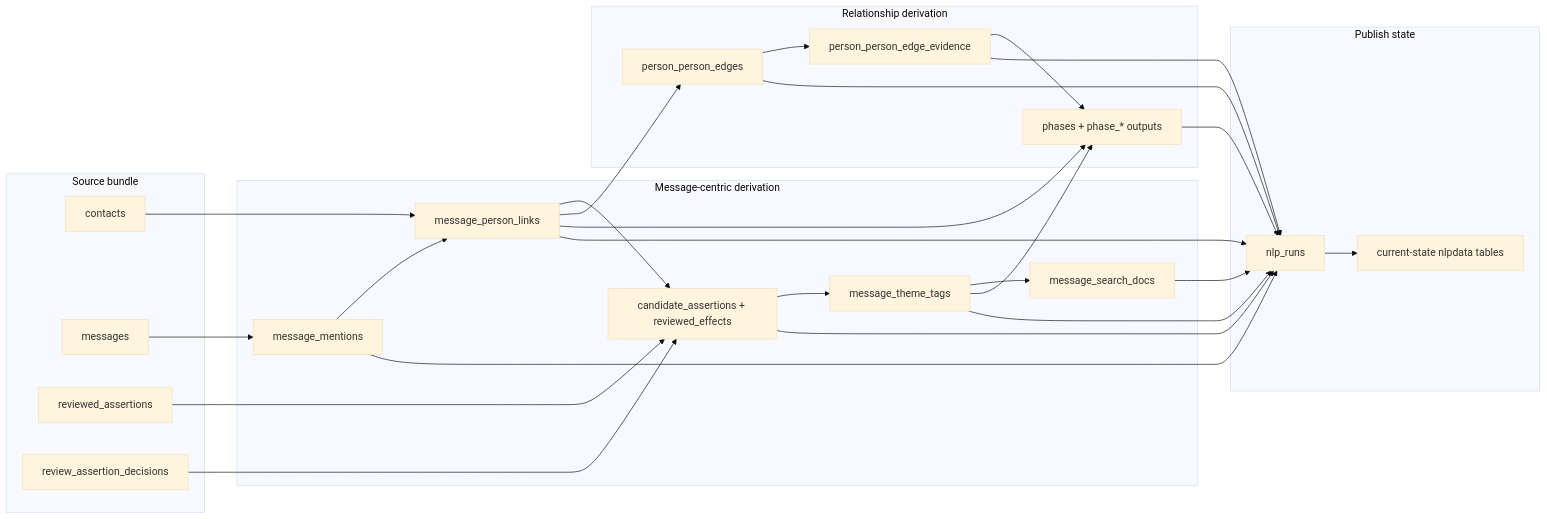
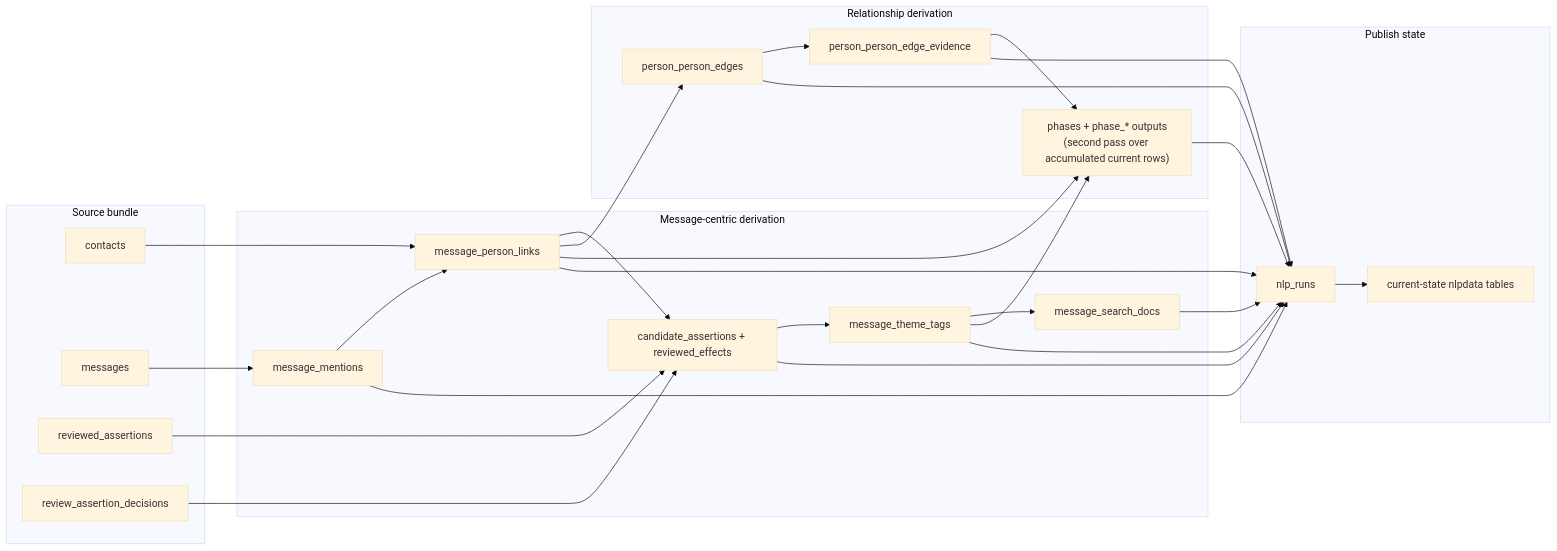
The second of 16 diagrams in docs/PROCESS_TRANSFORMATIONS.md (cscheib/archive-graph-spacy), drawn with Mermaid (base theme) before and after one commit. The commit also changed other lines of this file and 10 other files, not shown here.

````diff
--- a/docs/PROCESS_TRANSFORMATIONS.md
+++ b/docs/PROCESS_TRANSFORMATIONS.md
@@ -38,46 +40,46 @@
 ```mermaid
 flowchart LR
     subgraph Source["Source bundle"]
         S1["contacts"]
         S2["messages"]
         S3["reviewed_assertions"]
         S4["review_assertion_decisions"]
     end
 
     subgraph MessageFlow["Message-centric derivation"]
         M1["message_mentions"]
         M2["message_person_links"]
         M3["candidate_assertions + reviewed_effects"]
         M4["message_theme_tags"]
         M5["message_search_docs"]
     end
 
     subgraph GraphFlow["Relationship derivation"]
         G1["person_person_edges"]
         G2["person_person_edge_evidence"]
-        G3["phases + phase_* outputs"]
+        G3["phases + phase_* outputs<br/>(second pass over accumulated current rows)"]
     end
 
     subgraph Publish["Publish state"]
         P1["nlp_runs"]
         P2["current-state nlpdata tables"]
     end
 
     S1 --> M2
     S2 --> M1 --> M2 --> M3 --> M4 --> M5
     S3 --> M3
     S4 --> M3
     M2 --> G1
     G1 --> G2 --> G3
     M4 --> G3
     M2 --> G3
     M1 --> P1
     M2 --> P1
     M3 --> P1
     M4 --> P1
     M5 --> P1
     G1 --> P1
     G2 --> P1
     G3 --> P1
     P1 --> P2
 ```
````
